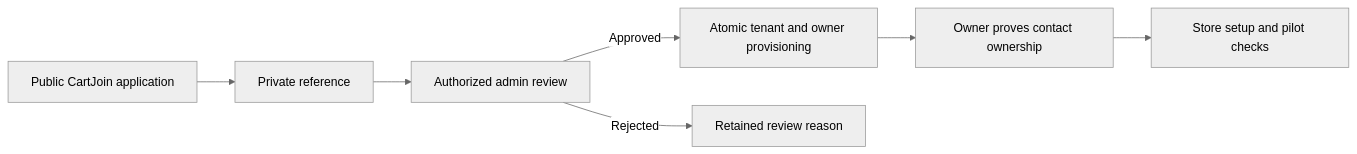
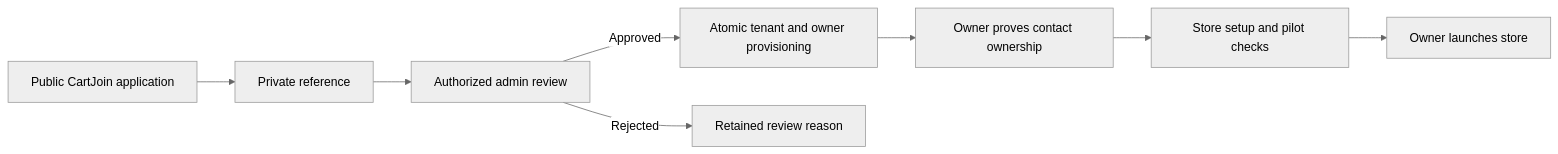
The diagram in content/docs/en/features/merchant-onboarding.mdx (mahmoudkhairy159/CartJoin-Client-Docs), drawn with Mermaid (neutral theme) before and after one commit. The commit also changed other lines of this file and 5 other files, not shown here.

````diff
--- a/content/docs/en/features/merchant-onboarding.mdx
+++ b/content/docs/en/features/merchant-onboarding.mdx
@@ -55,9 +63,10 @@
 ```mermaid
 flowchart LR
   Public[Public CartJoin application] --> Receipt[Private reference]
   Receipt --> Review[Authorized admin review]
   Review -->|Approved| Tenant[Atomic tenant and owner provisioning]
   Tenant --> Recover[Owner proves contact ownership]
   Recover --> Setup[Store setup and pilot checks]
+  Setup --> Launch[Owner launches store]
   Review -->|Rejected| Reason[Retained review reason]
 ```
````
